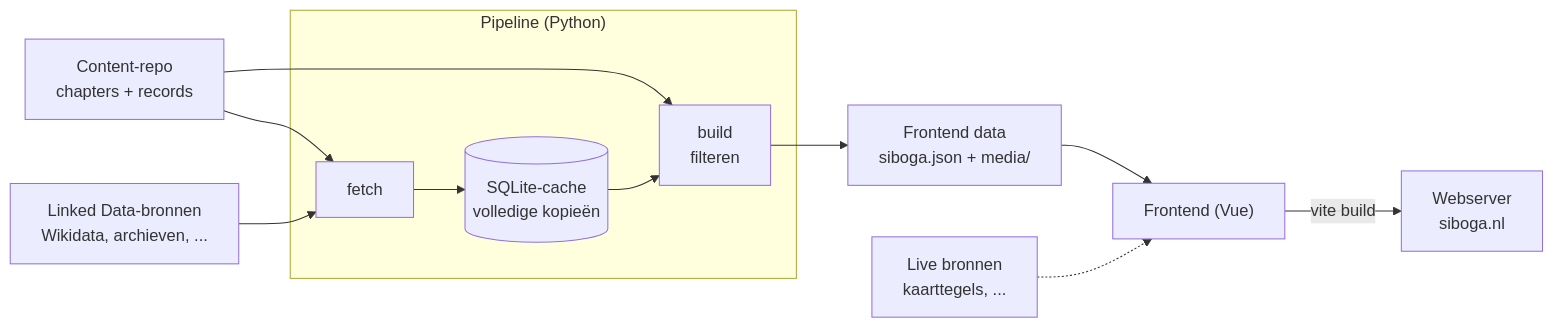
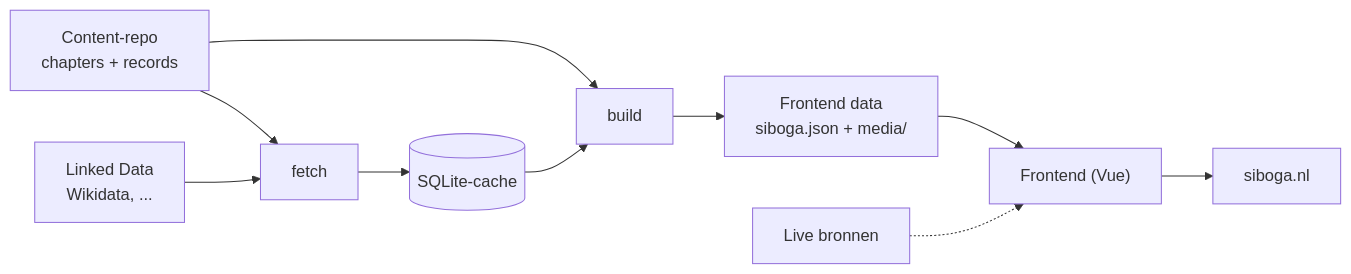
Before and after one commit to daanvr/De-Wikimedianen-HackaLOD-2026: the diagram in docs/architectuur.md, drawn with Mermaid. The commit also changed other lines of this file and 8 other files, not shown here.

Commit message:
Docs versimpeld (ruim de helft korter) en beslissingen van Hay doorgevoerd: één uri per record, markdown pas in de frontend naar HTML, plaatjes lokaal met licentie, volledige paden

````diff
--- a/docs/architectuur.md
+++ b/docs/architectuur.md
@@ -7,23 +7,12 @@
 ```mermaid
 flowchart LR
-    content["Content-repo<br>chapters + records"]
-    ld["Linked Data-bronnen<br>Wikidata, archieven, ..."]
-    subgraph pipeline["Pipeline (Python)"]
-        fetch["fetch"]
-        cache[("SQLite-cache<br>volledige kopieën")]
-        build["build<br>filteren"]
-    end
-    data["Frontend data<br>siboga.json + media/"]
-    frontend["Frontend (Vue)"]
-    live["Live bronnen<br>kaarttegels, ..."]
-    server["Webserver<br>siboga.nl"]
-    content --> fetch
-    ld --> fetch
-    fetch --> cache
+    content["Content-repo<br>chapters + records"] --> fetch
+    ld["Linked Data<br>Wikidata, ..."] --> fetch
+    fetch --> cache[("SQLite-cache")]
     content --> build
     cache --> build
-    build --> data
-    data --> frontend
-    live -.-> frontend
-    frontend -- "vite build" --> server
+    build --> data["Frontend data<br>siboga.json + media/"]
+    data --> frontend["Frontend (Vue)"]
+    live["Live bronnen"] -.-> frontend
+    frontend --> server["siboga.nl"]
 ```
````
